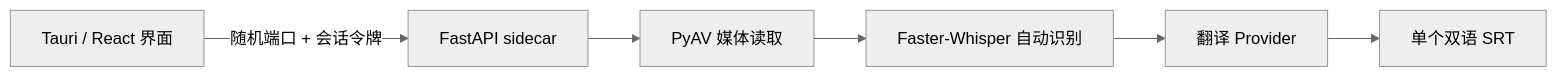
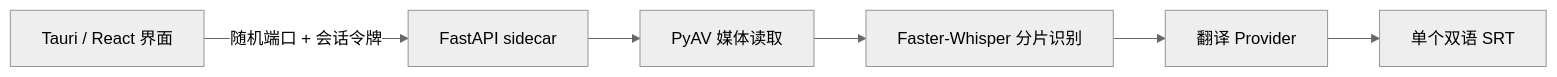
The diagram in README.md (coconilu/captionnest), drawn with Mermaid (neutral theme) before and after one commit. The commit also changed other lines of this file and 25 other files, not shown here.

````diff
--- a/README.md
+++ b/README.md
@@ -76,8 +92,8 @@
 ```mermaid
 flowchart LR
     UI["Tauri / React 界面"] -->|"随机端口 + 会话令牌"| API["FastAPI sidecar"]
     API --> AV["PyAV 媒体读取"]
-    AV --> ASR["Faster-Whisper 自动识别"]
+    AV --> ASR["Faster-Whisper 分片识别"]
     ASR --> TR["翻译 Provider"]
     TR --> SRT["单个双语 SRT"]
 ```
````
